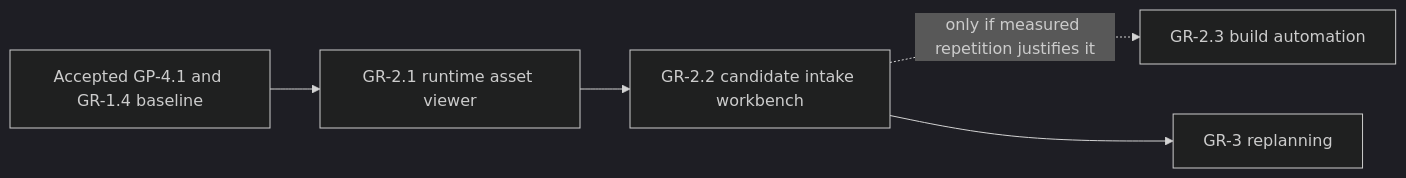
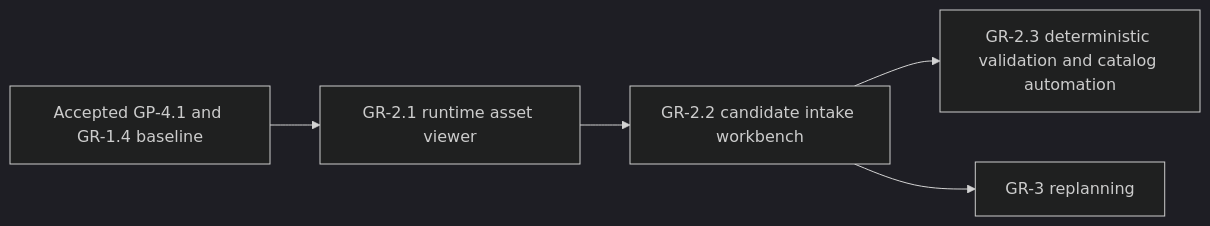
Before and after one commit to anthonyoconnor/wayfinders: the diagram in docs/Wayfinders_Roadmap.md, drawn with Mermaid (dark theme). The commit also changed other lines of this file and 2 other files, not shown here.

````diff
--- a/docs/Wayfinders_Roadmap.md
+++ b/docs/Wayfinders_Roadmap.md
@@ -114,7 +136,7 @@
 ```mermaid
 flowchart LR
     B["Accepted GP-4.1 and GR-1.4 baseline"] --> GR21["GR-2.1 runtime asset viewer"]
     GR21 --> GR22["GR-2.2 candidate intake workbench"]
-    GR22 -. "only if measured repetition justifies it" .-> GR23["GR-2.3 build automation"]
+    GR22 --> GR23["GR-2.3 deterministic validation and catalog automation"]
     GR22 --> GR3["GR-3 replanning"]
 ```
````
